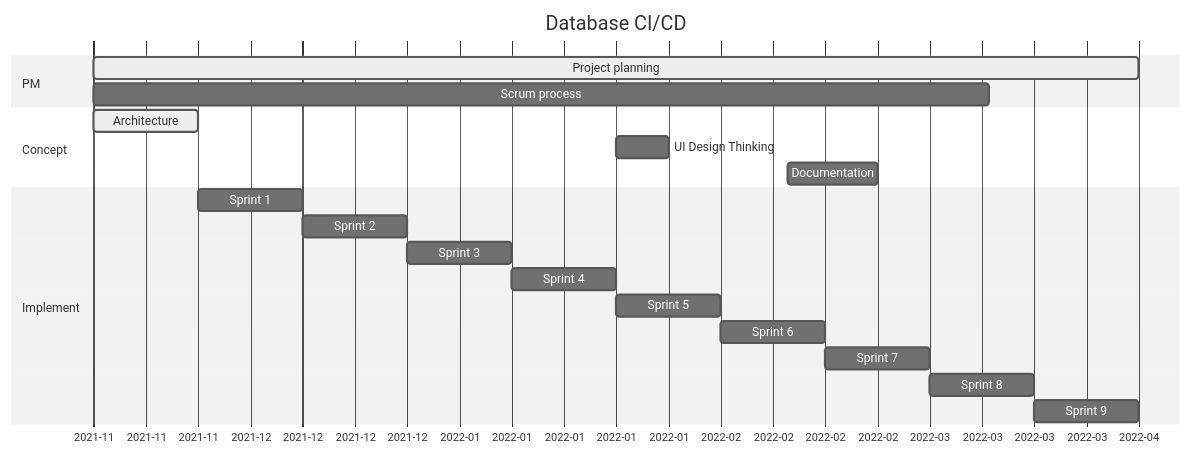
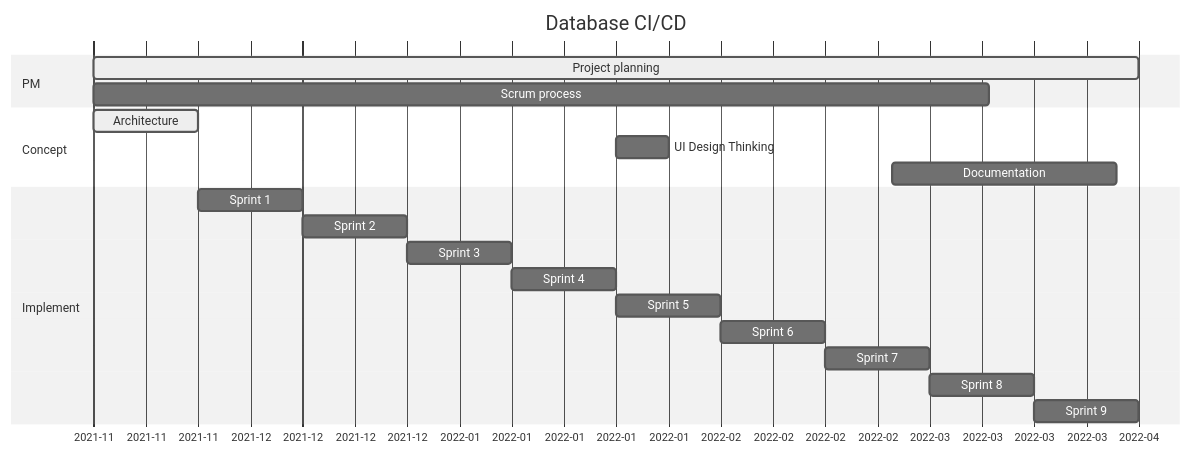
The diagram in README.md (rtdi/AppContainer), drawn with Mermaid (neutral theme) before and after one commit.

````diff
--- a/README.md
+++ b/README.md
@@ -11,23 +11,23 @@
 ```mermaid
 gantt
     title Database CI/CD
     dateFormat  YYYY-MM-DD
     axisFormat  %Y-%m
     section PM
         Project planning            :active,    PP,          2021-11-14,          140d
         Scrum process               :           SCRUM,       2021-11-14,          120d
     section Concept
         Architecture                :active,    ARCH,        2021-11-14,           14d
         UI Design Thinking          :           UI,          after SPRINT04,        7d
-        Documentation               :           DOC,         2022-02-15,           12d
+        Documentation               :           DOC,         2022-03-01,           30d
     section Implement
         Sprint 1                    :           SPRINT01,    after ARCH,           14d
         Sprint 2                    :           SPRINT02,    after SPRINT01,       14d
         Sprint 3                    :           SPRINT03,    after SPRINT02,       14d
         Sprint 4                    :           SPRINT04,    after SPRINT03,       14d
         Sprint 5                    :           SPRINT05,    after SPRINT04,       14d
         Sprint 6                    :           SPRINT06,    after SPRINT05,       14d
         Sprint 7                    :           SPRINT07,    after SPRINT06,       14d
         Sprint 8                    :           SPRINT08,    after SPRINT07,       14d
         Sprint 9                    :           SPRINT09,    after SPRINT08,       14d
 ```
````
